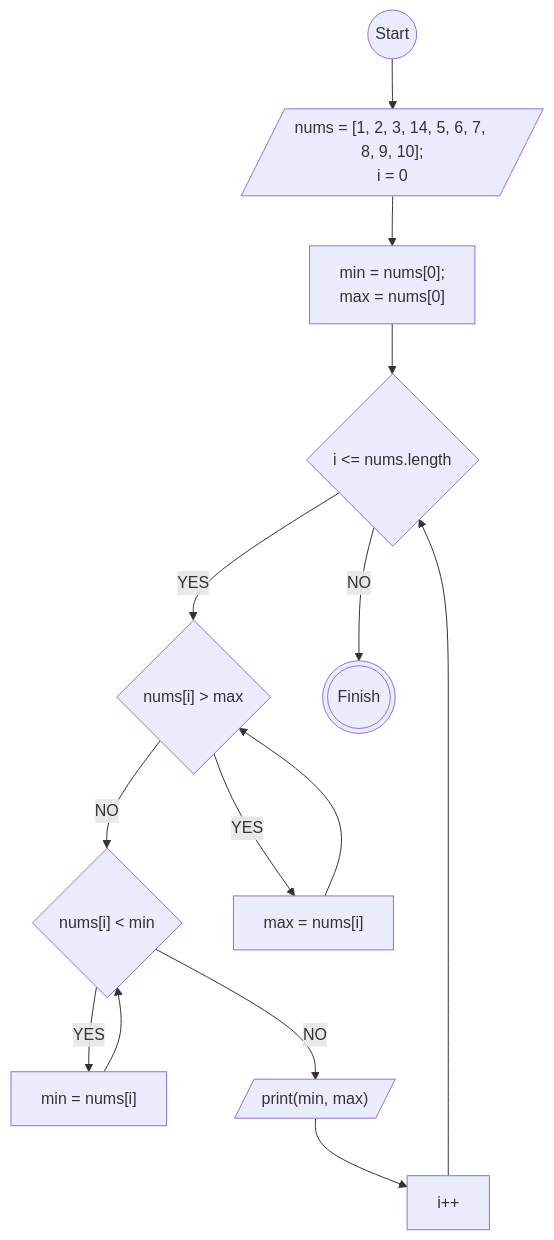
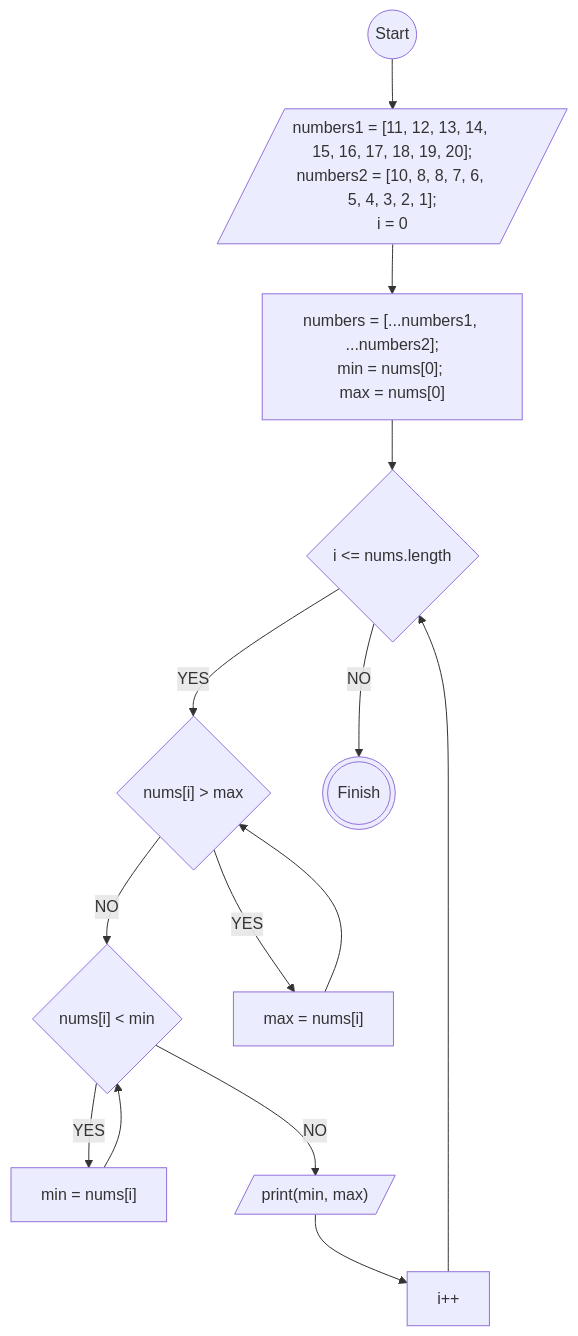
The diagram in koda-b1-javascript2.md (icangku/koda-b1-javascript2), drawn with Mermaid before and after one commit. The commit also changed 1 other file, not shown here.

Commit message:
fix: add spread operator

````diff
--- a/koda-b1-javascript2.md
+++ b/koda-b1-javascript2.md
@@ -7,28 +7,28 @@
 ```mermaid
 flowchart TD
 
 A@{shape: circle, label: 'Start'}
-B@{shape: lean-r, label: 'nums = [1, 2, 3, 14, 5, 6, 7, 8, 9, 10];<br>i = 0'}
-C@{shape: rectangle, label: 'min = nums[0]; <br>max = nums[0]'}
+B@{shape: lean-r, label: 'numbers1 = [11, 12, 13, 14, 15, 16, 17, 18, 19, 20];<br>numbers2 = [10, 8, 8, 7, 6, 5, 4, 3, 2, 1];<br>i = 0'}
+C@{shape: rectangle, label: 'numbers = [...numbers1, ...numbers2];<br>min = nums[0]; <br>max = nums[0]'}
 D@{shape: diamond, label: 'i <= nums.length'}
 E@{shape: diamond, label: 'nums[i] > max'}
 F@{shape: diamond, label: 'nums[i] < min'}
 G@{shape: rectangle, label: 'min = nums[i]'}
 H@{shape: rectangle, label: 'max = nums[i]'}
 I@{shape: lean-r, label: 'print(min, max)'}
 Y@{shape: rectangle, label: 'i++'}
 Z@{shape: dbl-circ, label: 'Finish'}
 
 A-->B-->C-->D
 D-->|YES|E
 D-->|NO|Z
 E-->|YES|H
 H-->E
 E-->|NO|F
 F-->|YES|G
 G-->F
 F-->|NO|I
 I-->Y
 Y-->D
 
 ```
````
